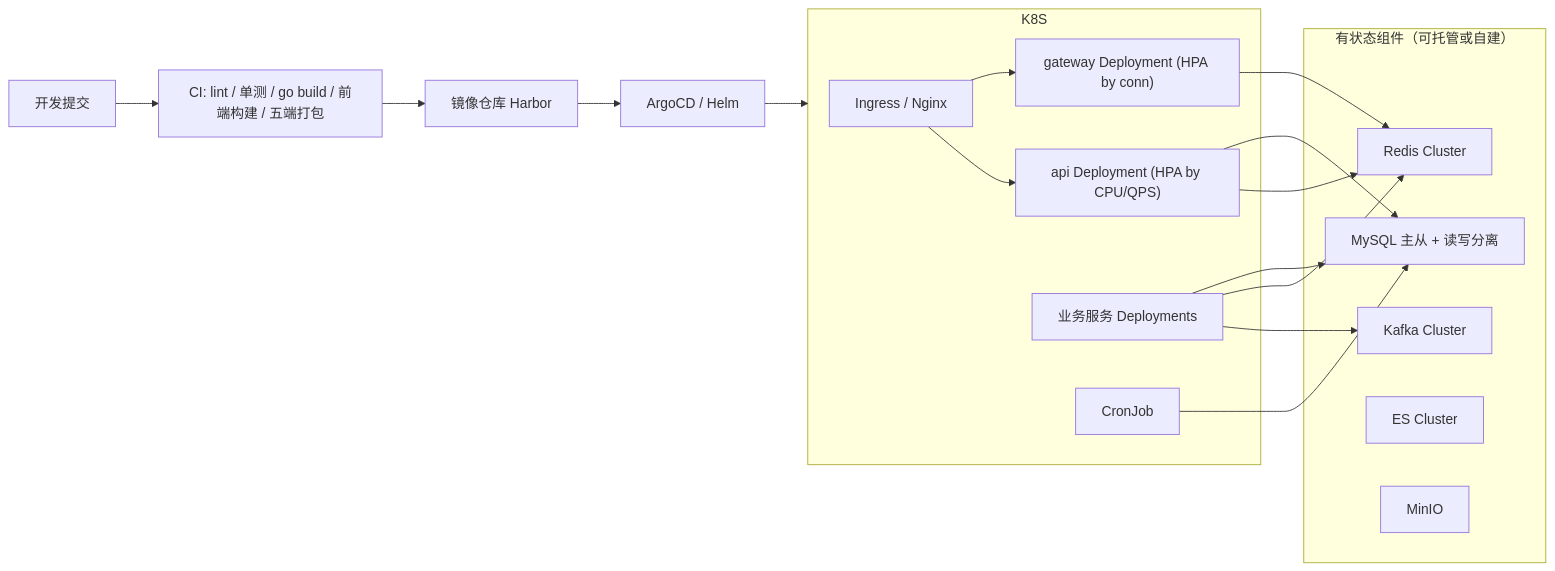
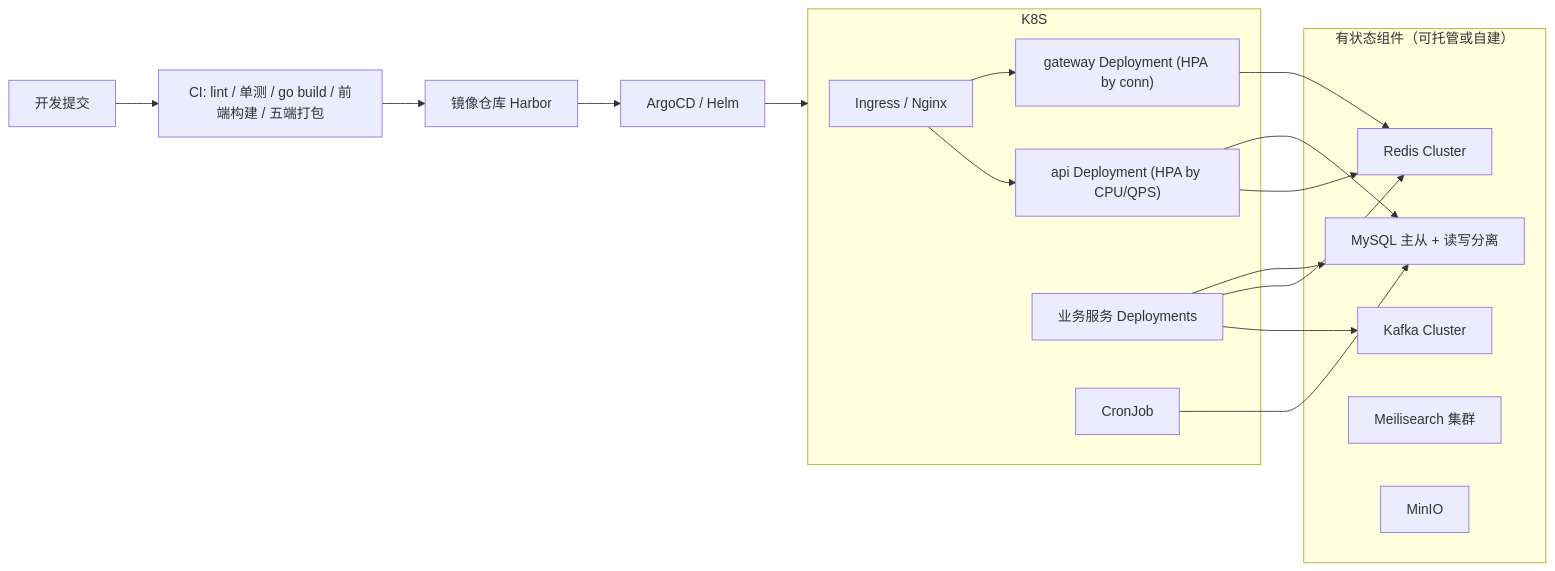
Before and after one commit to xiaoniuyun/NexIM: diagram 11 of 12 in docs/02-技术架构文档.md, drawn with Mermaid. The commit also changed other lines of this file and 2 other files, not shown here.

````diff
--- a/docs/02-技术架构文档.md
+++ b/docs/02-技术架构文档.md
@@ -1112,30 +1113,30 @@
 ```mermaid
 flowchart LR
     DEV["开发提交"] --> CI["CI: lint / 单测 / go build / 前端构建 / 五端打包"]
     CI --> IMG["镜像仓库 Harbor"]
     IMG --> CD["ArgoCD / Helm"]
     CD --> K8S["K8s 集群"]
     subgraph K8S
         ING["Ingress / Nginx"]
         GW["gateway Deployment (HPA by conn)"]
         API["api Deployment (HPA by CPU/QPS)"]
         SVC["业务服务 Deployments"]
         JOB["CronJob"]
     end
     subgraph Stateful["有状态组件（可托管或自建）"]
         MY["MySQL 主从 + 读写分离"]
         RD["Redis Cluster"]
         KF["Kafka Cluster"]
-        ES["ES Cluster"]
+        SEA["Meilisearch 集群"]
         MN["MinIO"]
     end
     ING --> GW
     ING --> API
     GW --> RD
     API --> MY
     API --> RD
     SVC --> MY
     SVC --> RD
     SVC --> KF
     JOB --> MY
 ```
````
